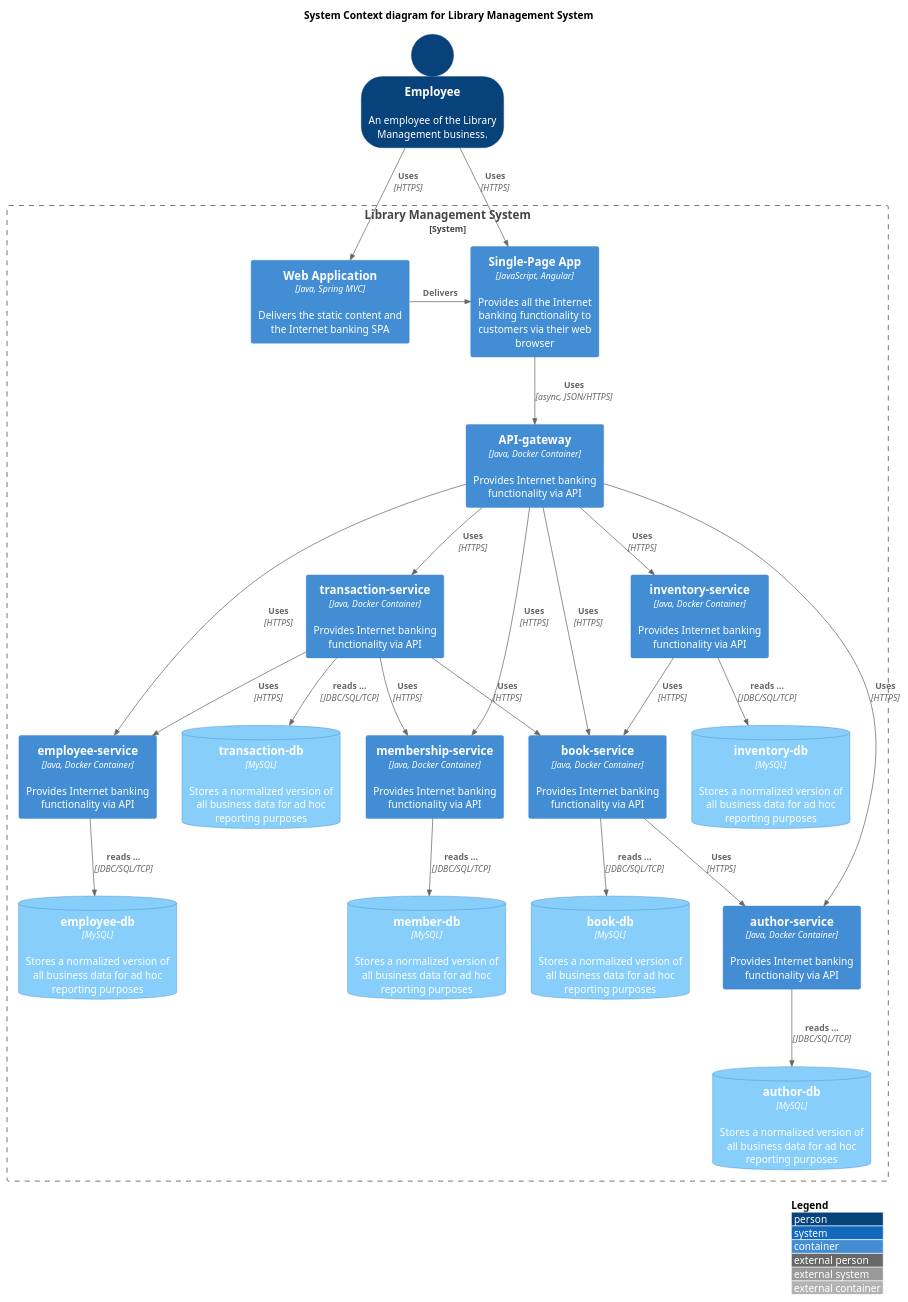
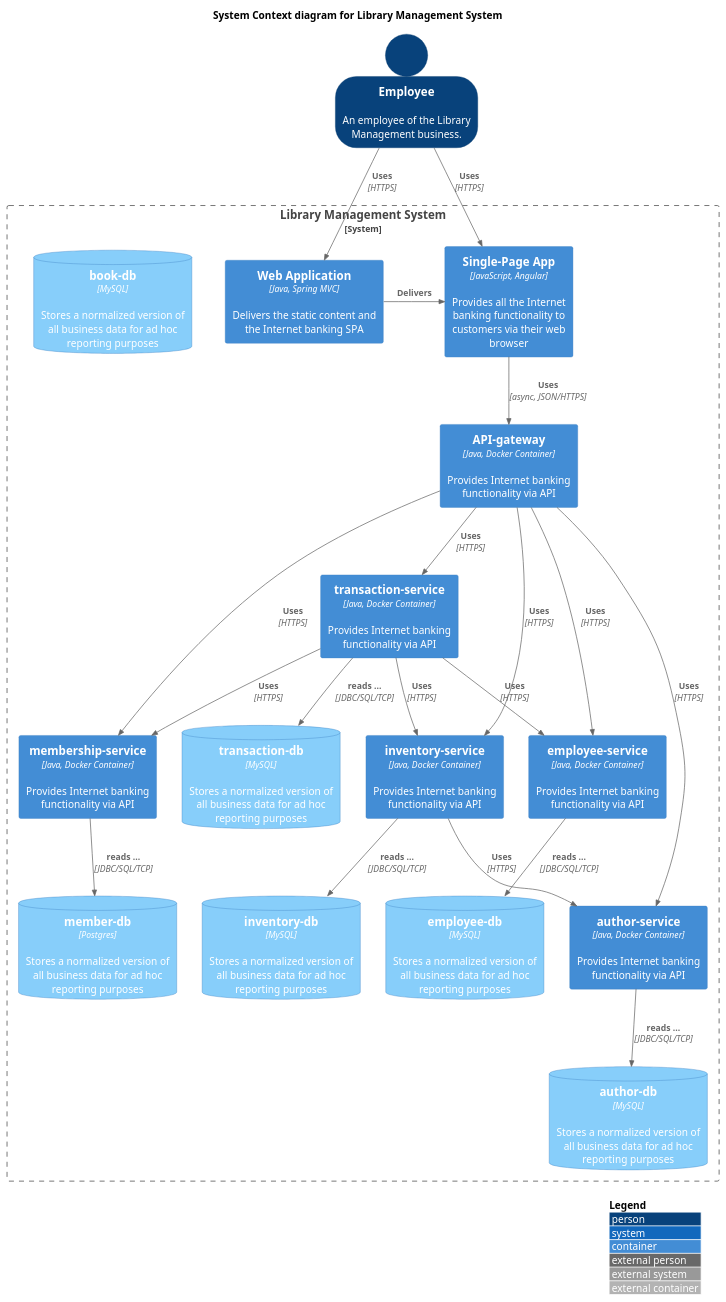
The diagram in LibraryManagementC4Level2.puml (isaacwallace123/LibraryMicroservice), drawn with PlantUML before and after one commit.

Commit message:
C4 Diagram updated to fit new design suggested by my teacher

```diff
--- a/LibraryManagementC4Level2.puml
+++ b/LibraryManagementC4Level2.puml
@@ -1,65 +1,60 @@
 @startuml
 !include https://raw.githubusercontent.com/plantuml-stdlib/C4-PlantUML/master/C4_Container.puml
 ' uncomment the following line and comment the first to use locally
 ' !include C4_Container.puml
 
 ' LAYOUT_TOP_DOWN()
 ' LAYOUT_AS_SKETCH()
 LAYOUT_WITH_LEGEND()
 AddElementTag("microService", $shape=EightSidedShape(), $bgColor="CornflowerBlue", $fontColor="white", $legendText="micro service\neight sided")
 AddElementTag("storage", $shape=RoundedBoxShape(), $bgColor="lightSkyBlue", $fontColor="white")
 
 SHOW_PERSON_OUTLINE()
 
 title System Context diagram for Library Management System
 
 Person(employee, "Employee", "An employee of the Library Management business.")
 
 
 System_Boundary(c1, "Library Management System") {
     Container(web_app, "Web Application", "Java, Spring MVC", "Delivers the static content and the Internet banking SPA")
     Container(spa, "Single-Page App", "JavaScript, Angular", "Provides all the Internet banking functionality to customers via their web browser")
     Container(api_gateway, "API-gateway", "Java, Docker Container", "Provides Internet banking functionality via API")
     Container(ts, "transaction-service", "Java, Docker Container", "Provides Internet banking functionality via API")
     Container(ms, "membership-service", "Java, Docker Container", "Provides Internet banking functionality via API")
     Container(is, "inventory-service", "Java, Docker Container", "Provides Internet banking functionality via API")
     Container(as, "author-service", "Java, Docker Container", "Provides Internet banking functionality via API")
     Container(es, "employee-service", "Java, Docker Container", "Provides Internet banking functionality via API")
-    Container(bs, "book-service", "Java, Docker Container", "Provides Internet banking functionality via API")
-    ContainerDb(memb_db, "member-db", "MySQL", "Stores a normalized version of all business data for ad hoc reporting purposes", $tags = "storage")
+    ContainerDb(memb_db, "member-db", "Postgres", "Stores a normalized version of all business data for ad hoc reporting purposes", $tags = "storage")
     ContainerDb(empl_db, "employee-db", "MySQL", "Stores a normalized version of all business data for ad hoc reporting purposes", $tags = "storage")
     ContainerDb(invent_db, "inventory-db", "MySQL", "Stores a normalized version of all business data for ad hoc reporting purposes", $tags = "storage")
     ContainerDb(author_db, "author-db", "MySQL", "Stores a normalized version of all business data for ad hoc reporting purposes", $tags = "storage")
     ContainerDb(trans_db, "transaction-db", "MySQL", "Stores a normalized version of all business data for ad hoc reporting purposes", $tags = "storage")
     ContainerDb(book_db, "book-db", "MySQL", "Stores a normalized version of all business data for ad hoc reporting purposes", $tags = "storage")
 }
 
 Rel_Neighbor(web_app, spa, "Delivers")
 Rel(spa, api_gateway, "Uses", "async, JSON/HTTPS")
 
 Rel(employee, web_app, "Uses", "HTTPS")
 Rel(employee, spa, "Uses", "HTTPS")
 
 Rel(api_gateway, ts, "Uses", "HTTPS")
 Rel(api_gateway, es, "Uses", "HTTPS")
 Rel(api_gateway, is, "Uses", "HTTPS")
 Rel(api_gateway, as, "Uses", "HTTPS")
 Rel(api_gateway, ms, "Uses", "HTTPS")
-Rel(api_gateway, bs, "Uses", "HTTPS")
 
-Rel(is, bs, "Uses", "HTTPS")
+Rel(is, as, "Uses", "HTTPS")
 
-Rel(bs, as, "Uses", "HTTPS")
-
-Rel(ts, bs, "Uses", "HTTPS")
+Rel(ts, is, "Uses", "HTTPS")
 Rel(ts, ms, "Uses", "HTTPS")
 Rel(ts, es, "Uses", "HTTPS")
 
 Rel_D(as, author_db, "reads ...", "JDBC/SQL/TCP")
 Rel_D(es, empl_db, "reads ...", "JDBC/SQL/TCP")
 Rel_D(is, invent_db, "reads ...", "JDBC/SQL/TCP")
 Rel_D(ms, memb_db, "reads ...", "JDBC/SQL/TCP")
 Rel_D(ts, trans_db, "reads ...", "JDBC/SQL/TCP")
-Rel_D(bs, book_db, "reads ...", "JDBC/SQL/TCP")
 
 @enduml
```
